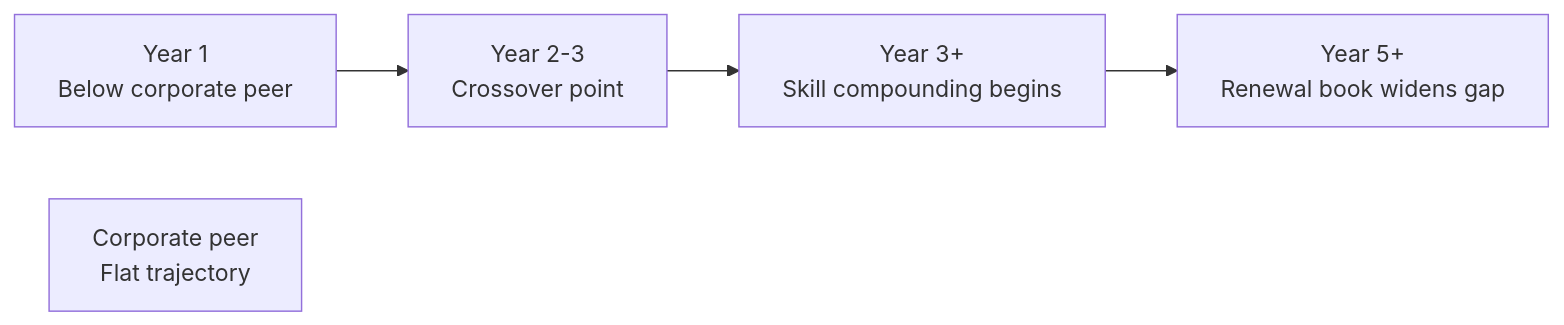
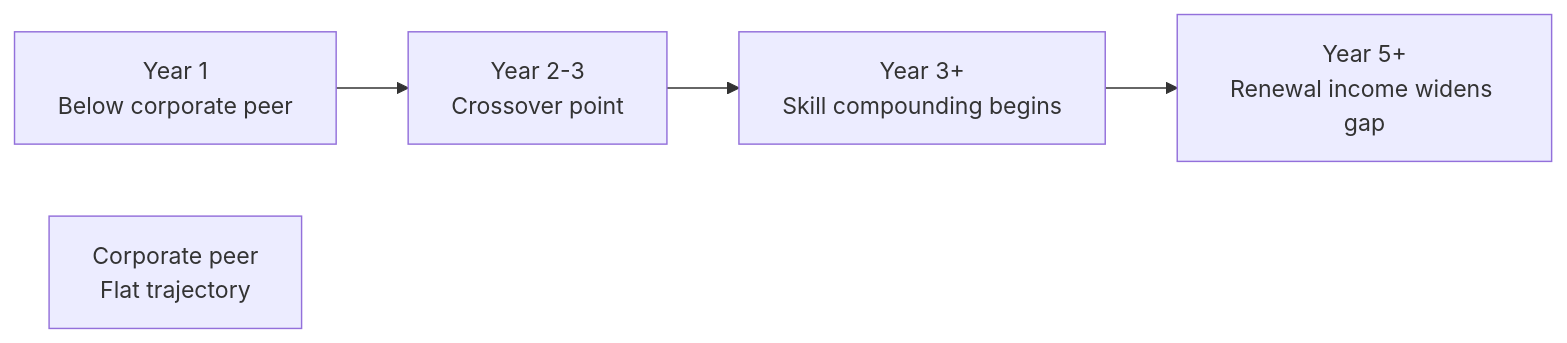
Before and after one commit to leotansingapore/aia-product-compass-hub: the diagram in docs/first-60-days/week-2/day-08.md, drawn with Mermaid. The commit also changed other lines of this file and 16 other files, not shown here.

````diff
--- a/docs/first-60-days/week-2/day-08.md
+++ b/docs/first-60-days/week-2/day-08.md
@@ -71,11 +71,11 @@
 ```mermaid
 flowchart LR
     Y1["Year 1<br/>Below corporate peer"]
     Y2["Year 2-3<br/>Crossover point"]
     Y3["Year 3+<br/>Skill compounding begins"]
-    Y5["Year 5+<br/>Renewal book widens gap"]
+    Y5["Year 5+<br/>Renewal income widens gap"]
 
     Y1 --> Y2 --> Y3 --> Y5
 
     C["Corporate peer<br/>Flat trajectory"]
 ```
````
